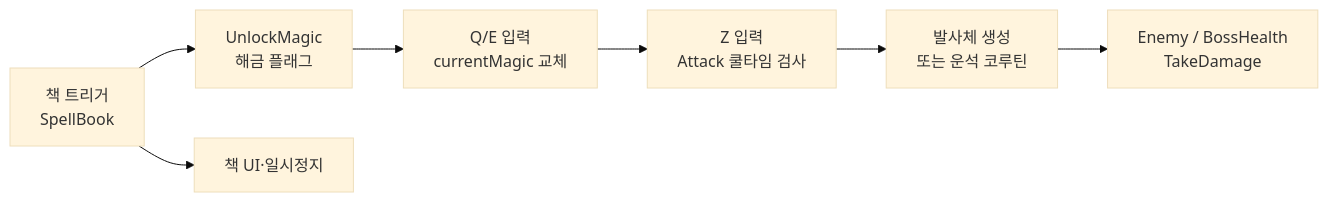
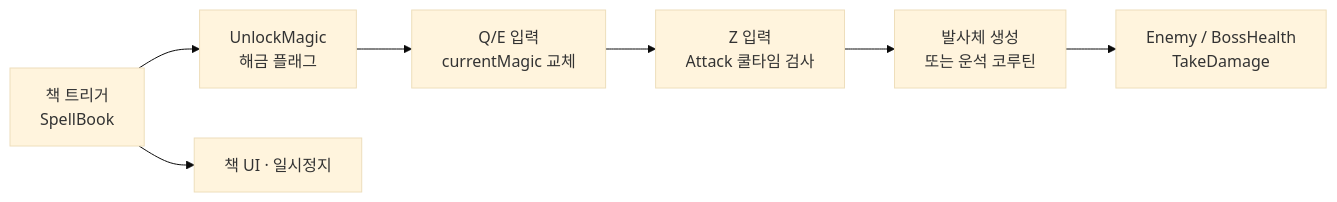
The third of 5 diagrams in src/1-the-last-mage/기술문서.md (ebsongg1/portfolio), drawn with Mermaid (base theme) before and after one commit. The commit also changed other lines of this file and 1 other file, not shown here.

````diff
--- a/src/1-the-last-mage/기술문서.md
+++ b/src/1-the-last-mage/기술문서.md
@@ -123,9 +202,9 @@
 ```mermaid
 flowchart LR
-    B[책 트리거<br/>SpellBook] --> U[UnlockMagic<br/>해금 플래그]
-    B --> UI[책 UI·일시정지]
-    U --> S[Q/E 입력<br/>currentMagic 교체]
-    S --> A[Z 입력<br/>Attack 쿨타임 검사]
-    A --> P[발사체 생성<br/>또는 운석 코루틴]
-    P --> H[Enemy / BossHealth<br/>TakeDamage]
+    B["책 트리거<br/>SpellBook"] --> U["UnlockMagic<br/>해금 플래그"]
+    B --> UI["책 UI · 일시정지"]
+    U --> S["Q/E 입력<br/>currentMagic 교체"]
+    S --> A["Z 입력<br/>Attack 쿨타임 검사"]
+    A --> P["발사체 생성<br/>또는 운석 코루틴"]
+    P --> H["Enemy / BossHealth<br/>TakeDamage"]
 ```
````
